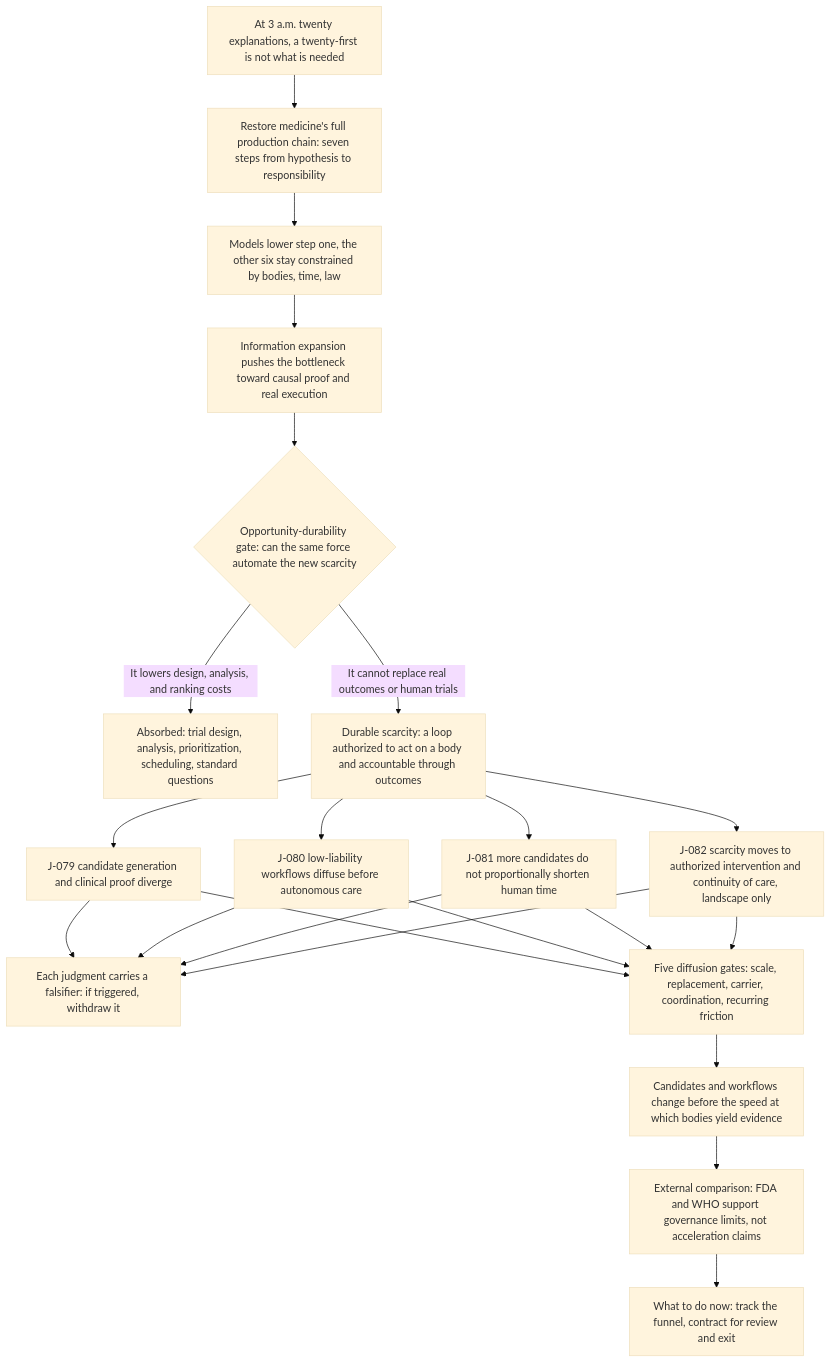
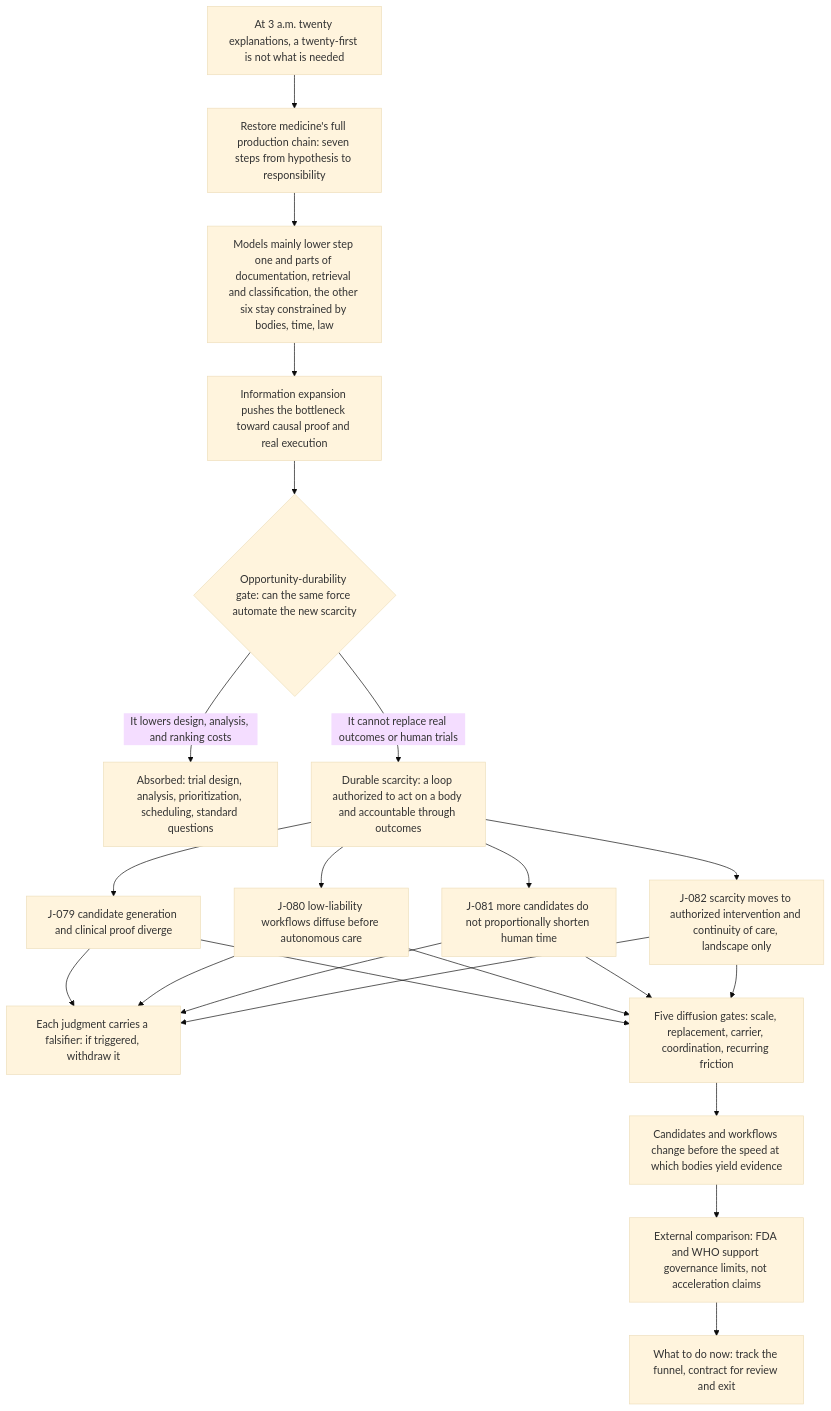
Before and after one commit to SenZhangAI/foresight-by-ai: the diagram in docs/en/chains/50-biology-medicine.md, drawn with Mermaid (base theme). The commit also changed 11 other files, not shown here.

````diff
--- a/docs/en/chains/50-biology-medicine.md
+++ b/docs/en/chains/50-biology-medicine.md
@@ -29,24 +29,24 @@
 ```mermaid
 flowchart TD
   SCENE["At 3 a.m. twenty explanations, a twenty-first is not what is needed"] --> CHAIN["Restore medicine's full production chain: seven steps from hypothesis to responsibility"]
-  CHAIN --> ASYM["Models lower step one, the other six stay constrained by bodies, time, law"]
+  CHAIN --> ASYM["Models mainly lower step one and parts of documentation, retrieval and classification, the other six stay constrained by bodies, time, law"]
   ASYM --> BOTTLE["Information expansion pushes the bottleneck toward causal proof and real execution"]
   BOTTLE --> GATE{"Opportunity-durability gate: can the same force automate the new scarcity"}
   GATE -->|"It lowers design, analysis, and ranking costs"| ABSORB["Absorbed: trial design, analysis, prioritization, scheduling, standard questions"]
   GATE -->|"It cannot replace real outcomes or human trials"| LOOP["Durable scarcity: a loop authorized to act on a body and accountable through outcomes"]
   LOOP --> J079["J-079 candidate generation and clinical proof diverge"]
   LOOP --> J080["J-080 low-liability workflows diffuse before autonomous care"]
   LOOP --> J081["J-081 more candidates do not proportionally shorten human time"]
   LOOP --> J082["J-082 scarcity moves to authorized intervention and continuity of care, landscape only"]
   J079 --> REFUTE["Each judgment carries a falsifier: if triggered, withdraw it"]
   J080 --> REFUTE
   J081 --> REFUTE
   J082 --> REFUTE
   J079 --> GATES5["Five diffusion gates: scale, replacement, carrier, coordination, recurring friction"]
   J080 --> GATES5
   J081 --> GATES5
   J082 --> GATES5
   GATES5 --> CONC["Candidates and workflows change before the speed at which bodies yield evidence"]
   CONC --> EVID["External comparison: FDA and WHO support governance limits, not acceleration claims"]
   EVID --> ACT["What to do now: track the funnel, contract for review and exit"]
 ```
````
